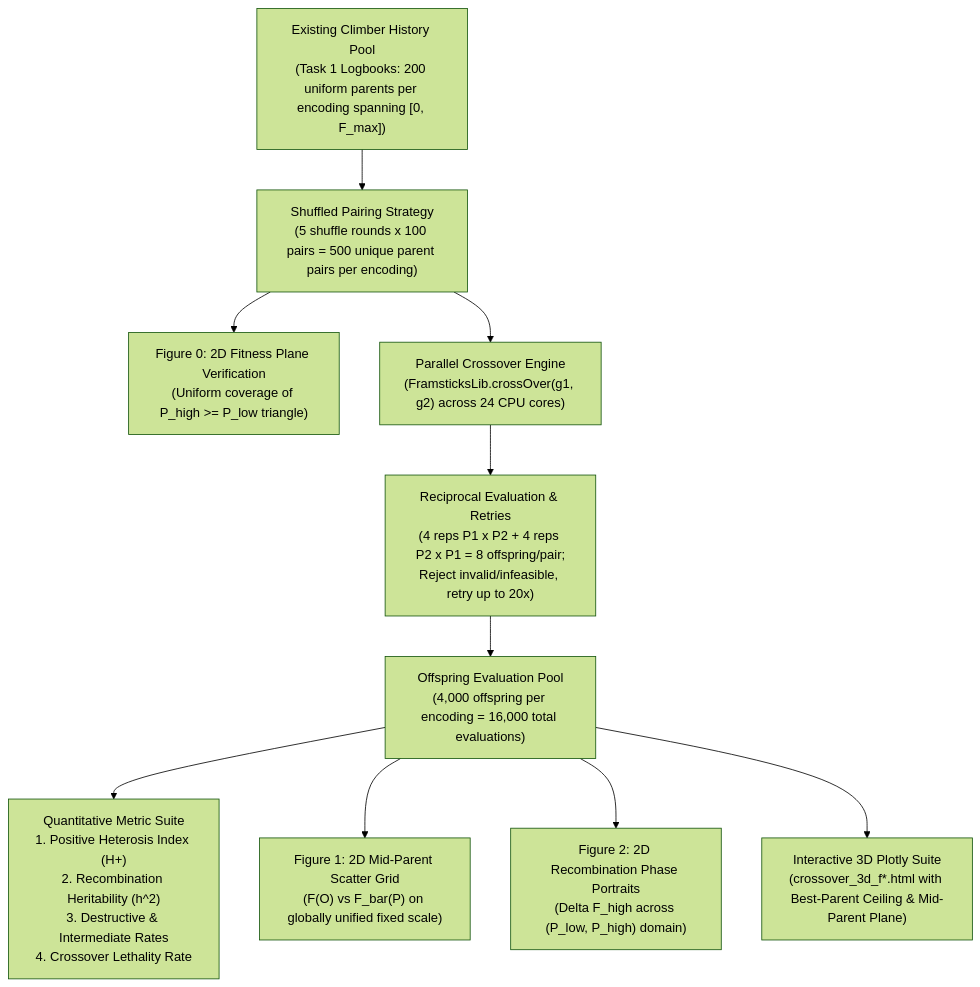
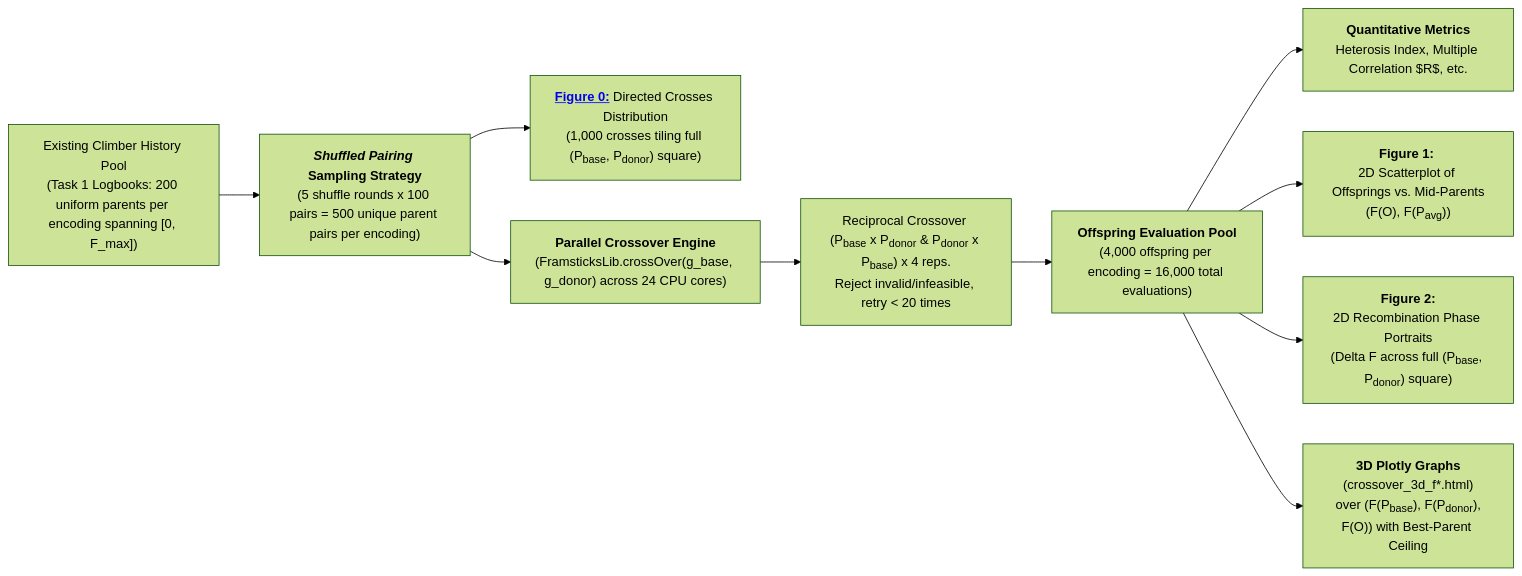
One commit to Klavierkonzert/msc-ai changed the diagram in sem-1/BIA/Evolutionary Design/assignments/Assignment 6 - Fitness Landscape Exploration/task2/README.md. Above: the diagram before and after it, drawn with Mermaid (forest theme). The commit also changed other lines of this file and 11 other files, not shown here.

First line of the commit message:
BIA/evo assignment 6: refine task 2 crossover landscape analysis and figures

````diff
--- a/sem-1/BIA/Evolutionary Design/assignments/Assignment 6 - Fitness Landscape Exploration/task2/README.md
+++ b/sem-1/BIA/Evolutionary Design/assignments/Assignment 6 - Fitness Landscape Exploration/task2/README.md
@@ -26,12 +24,12 @@
 ```mermaid
-flowchart TD
-    A["Existing Climber History Pool<br>(Task 1 Logbooks: 200 uniform parents per encoding spanning [0, F_max])"] --> B["Shuffled Pairing Strategy<br>(5 shuffle rounds x 100 pairs = 500 unique parent pairs per encoding)"]
-    B --> B1["Figure 0: 2D Fitness Plane Verification<br>(Uniform coverage of P_high >= P_low triangle)"]
-    B --> C["Parallel Crossover Engine<br>(FramsticksLib.crossOver(g1, g2) across 24 CPU cores)"]
-    C --> D["Reciprocal Evaluation & Retries<br>(4 reps P1 x P2 + 4 reps P2 x P1 = 8 offspring/pair;<br>Reject invalid/infeasible, retry up to 20x)"]
-    D --> E["Offspring Evaluation Pool<br>(4,000 offspring per encoding = 16,000 total evaluations)"]
-    E --> F["Quantitative Metric Suite<br>1. Positive Heterosis Index (H+)<br>2. Recombination Heritability (h^2)<br>3. Destructive & Intermediate Rates<br>4. Crossover Lethality Rate"]
-    E --> G["Figure 1: 2D Mid-Parent Scatter Grid<br>(F(O) vs F_bar(P) on globally unified fixed scale)"]
-    E --> H["Figure 2: 2D Recombination Phase Portraits<br>(Delta F_high across (P_low, P_high) domain)"]
-    E --> I["Interactive 3D Plotly Suite<br>(crossover_3d_f*.html with Best-Parent Ceiling & Mid-Parent Plane)"]
+flowchart LR
+    A["Existing Climber History Pool<br>(Task 1 Logbooks: 200 uniform parents per encoding spanning [0, F_max])"] --> B["<b><em>Shuffled Pairing</em> Sampling Strategy</b><br>(5 shuffle rounds x 100 pairs = 500 unique parent pairs per encoding)"]
+    B --> B1["<a href=#fig-parents-distribution><b>Figure 0:</b></a> Directed Crosses Distribution<br>(1,000 crosses tiling full (P<sub>base</sub>, P<sub>donor</sub>) square)"]
+    B --> C["<b>Parallel Crossover Engine</b><br>(FramsticksLib.crossOver(g_base, g_donor) across 24 CPU cores)"]
+    C --> D["Reciprocal Crossover (P<sub>base</sub> x P<sub>donor</sub> & P<sub>donor</sub> x P<sub>base</sub>) x 4 reps.<br>Reject invalid/infeasible, retry < 20 times"]
+    D --> E["<b>Offspring Evaluation Pool</b><br>(4,000 offspring per encoding = 16,000 total evaluations)"]
+    E --> F["<b>Quantitative Metrics</b><br>Heterosis Index, Multiple Correlation $R$, etc."]
+    E --> G["<b>Figure 1:</b> <br>2D Scatterplot of Offsprings vs. Mid-Parents<br>(F(O), F(P<sub>avg</sub>))"]
+    E --> H["<b>Figure 2:</b><br>2D Recombination Phase Portraits<br>(Delta F across full (P<sub>base</sub>, P<sub>donor</sub>) square)"]
+    E --> I["<b>3D Plotly Graphs</b><br>(crossover_3d_f*.html)<br> over (F(P<sub>base</sub>), F(P<sub>donor</sub>), F(O)) with Best-Parent Ceiling"]
 ```
````
